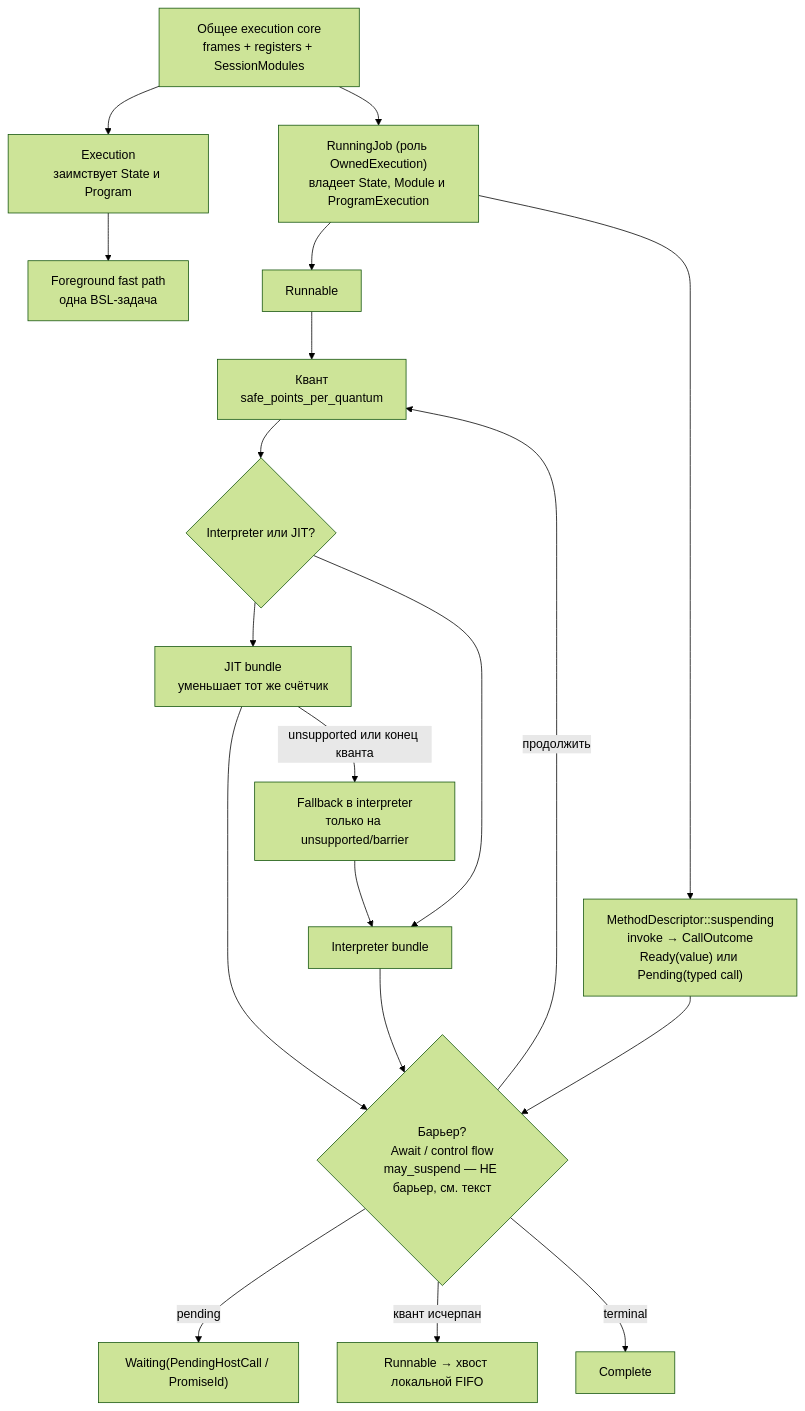
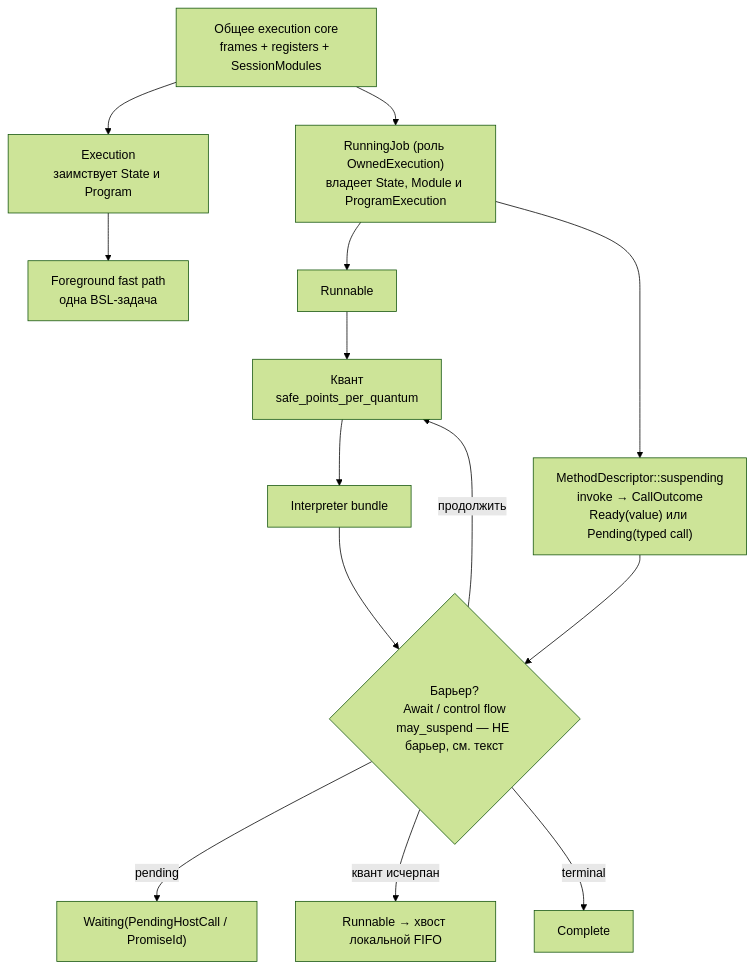
Before and after one commit to dobpilot/open-bsl: the ninth of 21 diagrams in docs/architecture/component-architecture.md, drawn with Mermaid (forest theme). The commit also changed other lines of this file and 84 other files, not shown here.

````diff
--- a/docs/architecture/component-architecture.md
+++ b/docs/architecture/component-architecture.md
@@ -437,31 +437,26 @@
 ```mermaid
 flowchart TD
     core["Общее execution core<br/>frames + registers + SessionModules"]
     borrowed["Execution<br/>заимствует State и Program"]
     owned["RunningJob (роль OwnedExecution)<br/>владеет State, Module и ProgramExecution"]
     runnable["Runnable"]
     quantum["Квант<br/>safe_points_per_quantum"]
-    dispatch{"Interpreter или JIT?"}
-    jit["JIT bundle<br/>уменьшает тот же счётчик"]
     interpreter["Interpreter bundle"]
     barrier{"Барьер?<br/>Await / control flow<br/>may_suspend — НЕ барьер, см. текст"}
     waiting["Waiting(PendingHostCall / PromiseId)"]
     tail["Runnable → хвост локальной FIFO"]
     complete["Complete"]
-    fallback["Fallback в interpreter<br/>только на unsupported/barrier"]
     fast["Foreground fast path<br/>одна BSL-задача"]
     callout["MethodDescriptor::suspending<br/>invoke → CallOutcome<br/>Ready(value) или Pending(typed call)"]
 
     core --> borrowed
     core --> owned
     borrowed --> fast
-    owned --> runnable --> quantum --> dispatch
+    owned --> runnable --> quantum --> interpreter
     owned --> callout --> barrier
-    dispatch --> jit --> barrier
-    dispatch --> interpreter --> barrier
-    jit -->|"unsupported или конец кванта"| fallback --> interpreter
+    interpreter --> barrier
     barrier -->|"pending"| waiting
     barrier -->|"квант исчерпан"| tail
     barrier -->|"terminal"| complete
     barrier -->|"продолжить"| quantum
 ```
````
